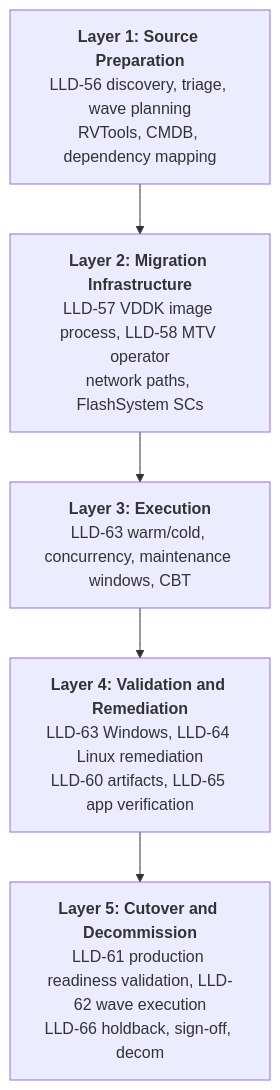
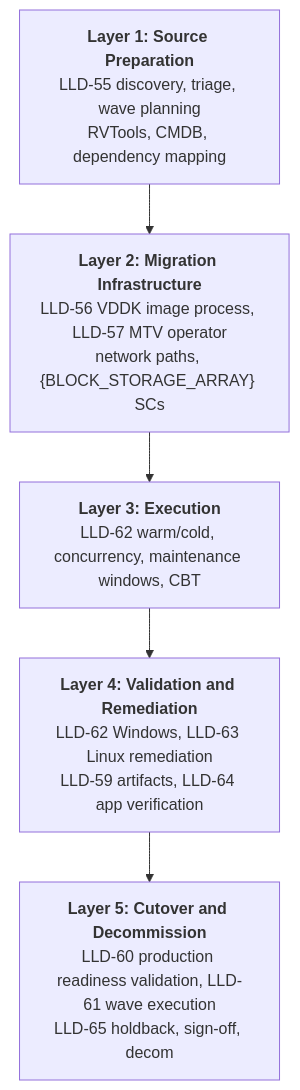
One commit to stratus-ss/arch-design-doc-generator changed the first of 2 diagrams in templates/LLD/Template_OCP-V_LLD_Phase4_Migration.md. Above: the diagram before and after it, drawn with Mermaid. The commit also changed other lines of this file and 12 other files, not shown here.

````diff
--- a/templates/LLD/Template_OCP-V_LLD_Phase4_Migration.md
+++ b/templates/LLD/Template_OCP-V_LLD_Phase4_Migration.md
@@ -38,9 +38,9 @@
 ```mermaid
 flowchart TB
-    L1["<b>Layer 1: Source Preparation</b><br/>LLD-56 discovery, triage, wave planning<br/>RVTools, CMDB, dependency mapping"]
-    L2["<b>Layer 2: Migration Infrastructure</b><br/>LLD-57 VDDK image process, LLD-58 MTV operator<br/>network paths, FlashSystem SCs"]
-    L3["<b>Layer 3: Execution</b><br/>LLD-63 warm/cold, concurrency, maintenance windows, CBT"]
-    L4["<b>Layer 4: Validation and Remediation</b><br/>LLD-63 Windows, LLD-64 Linux remediation<br/>LLD-60 artifacts, LLD-65 app verification"]
-    L5["<b>Layer 5: Cutover and Decommission</b><br/>LLD-61 production readiness validation, LLD-62 wave execution<br/>LLD-66 holdback, sign-off, decom"]
+    L1["<b>Layer 1: Source Preparation</b><br/>LLD-55 discovery, triage, wave planning<br/>RVTools, CMDB, dependency mapping"]
+    L2["<b>Layer 2: Migration Infrastructure</b><br/>LLD-56 VDDK image process, LLD-57 MTV operator<br/>network paths, {BLOCK_STORAGE_ARRAY} SCs"]
+    L3["<b>Layer 3: Execution</b><br/>LLD-62 warm/cold, concurrency, maintenance windows, CBT"]
+    L4["<b>Layer 4: Validation and Remediation</b><br/>LLD-62 Windows, LLD-63 Linux remediation<br/>LLD-59 artifacts, LLD-64 app verification"]
+    L5["<b>Layer 5: Cutover and Decommission</b><br/>LLD-60 production readiness validation, LLD-61 wave execution<br/>LLD-65 holdback, sign-off, decom"]
     L1 --> L2 --> L3 --> L4 --> L5
 ```
````
